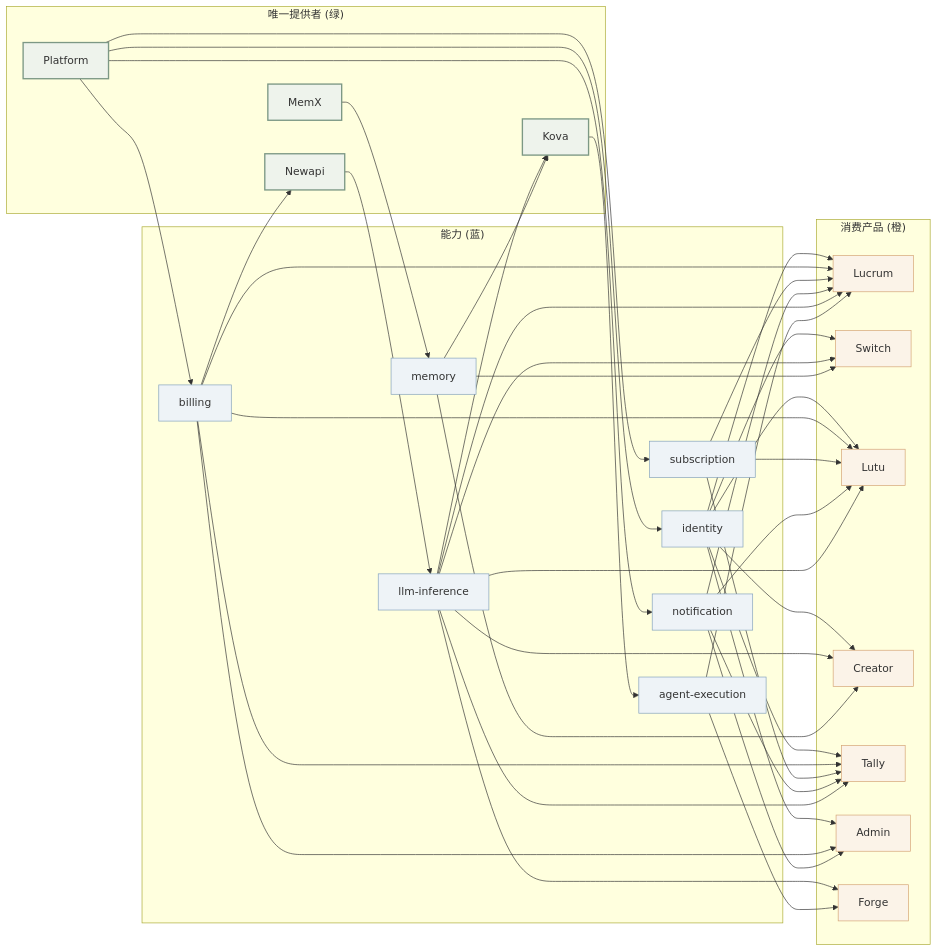
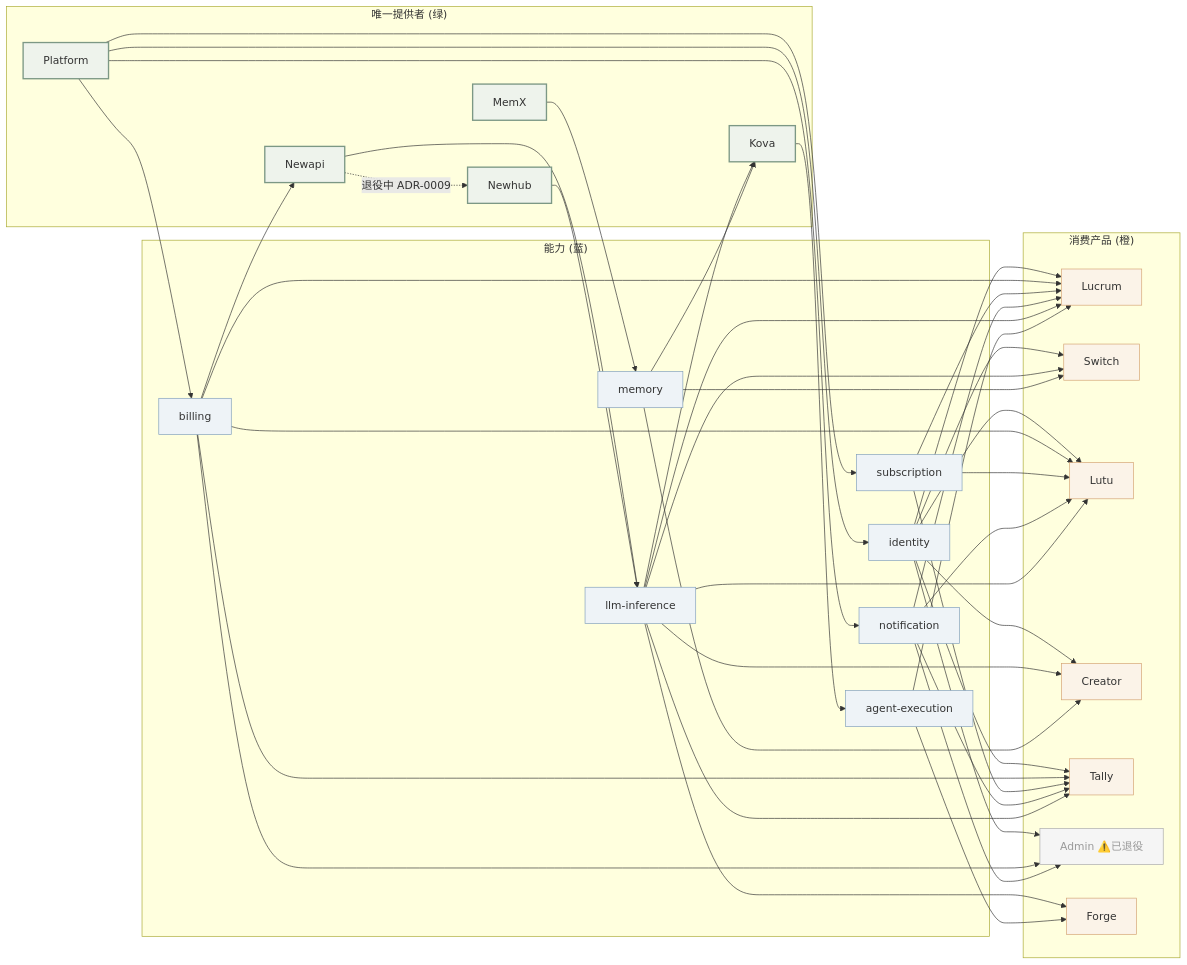
The diagram in internal/cross/capability-matrix.md (hanmahong5-arch/lurus-docs), drawn with Mermaid before and after one commit. The commit also changed other lines of this file and 70 other files, not shown here.

````diff
--- a/internal/cross/capability-matrix.md
+++ b/internal/cross/capability-matrix.md
@@ -47,53 +52,60 @@
 ```mermaid
 graph LR
   subgraph capabilities["能力 (蓝)"]
     C_ID[identity]
     C_BIL[billing]
     C_SUB[subscription]
     C_NOT[notification]
     C_LLM[llm-inference]
     C_MEM[memory]
     C_AGT[agent-execution]
   end
 
   subgraph providers["唯一提供者 (绿)"]
     PF[Platform]
     NA[Newapi]
+    NH[Newhub]
     MX[MemX]
     KV[Kova]
   end
 
   subgraph consumers["消费产品 (橙)"]
     LC[Lucrum]
     SW[Switch]
     LU[Lutu]
     CR[Creator]
     TL[Tally]
-    AD[Admin]
+    AD[Admin ⚠️已退役]
     FG[Forge]
   end
 
   PF --> C_ID
   PF --> C_BIL
   PF --> C_SUB
   PF --> C_NOT
   NA --> C_LLM
+  NH --> C_LLM
   MX --> C_MEM
   KV --> C_AGT
 
   C_ID --> LC & SW & LU & CR & TL & AD
   C_BIL --> LC & LU & TL & NA & AD
   C_SUB --> LC & LU & TL
   C_NOT --> LC & LU & AD & TL
   C_LLM --> SW & LC & LU & FG & CR & KV & TL
   C_MEM --> KV & CR & SW
   C_AGT --> FG & LC
 
+  NA -.->|退役中 ADR-0009| NH
+
   classDef cap fill:#eef3f7,stroke:#82A0BC
   classDef prov fill:#eef3ec,stroke:#7C9885,stroke-width:2px
   classDef cons fill:#fbf3e8,stroke:#D4A373
+  classDef retired fill:#f5f5f5,stroke:#aaa,color:#999
 
   class C_ID,C_BIL,C_SUB,C_NOT,C_LLM,C_MEM,C_AGT cap
   class PF,NA,MX,KV prov
-  class LC,SW,LU,CR,TL,AD,FG cons
+  class NH prov
+  class LC,SW,LU,CR,TL,FG cons
+  class AD retired
 ```
````
